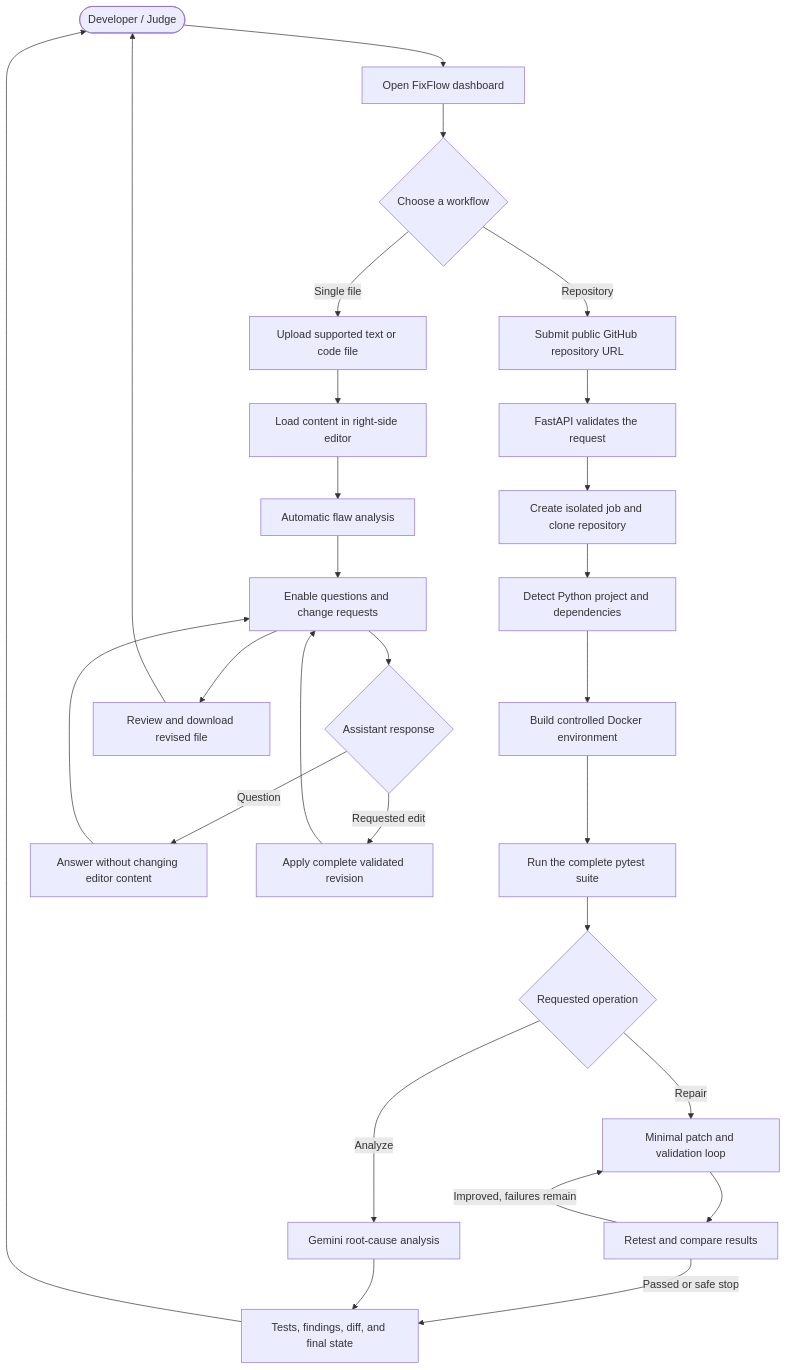
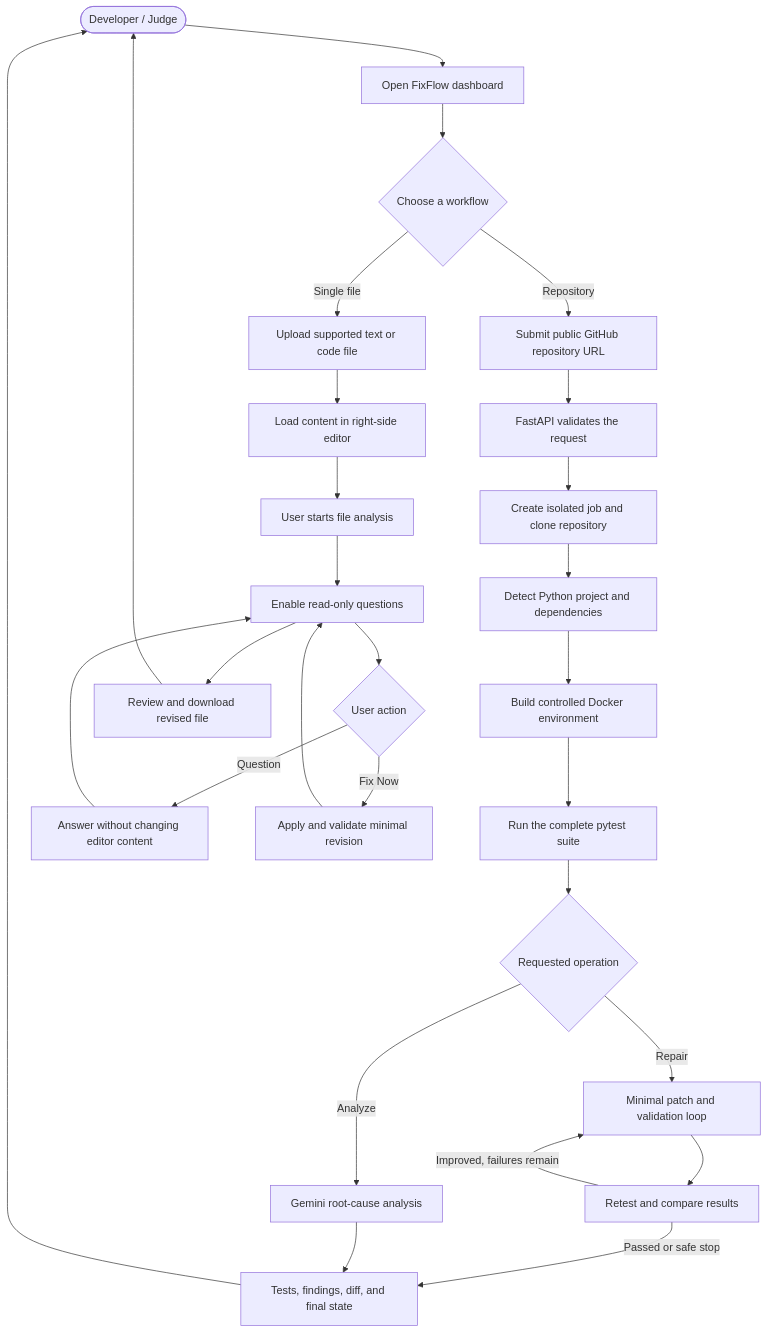
Before and after one commit to Naresh-0607/fixflow: the first of 2 diagrams in README.md, drawn with Mermaid. The commit also changed other lines of this file and 27 other files, not shown here.

````diff
--- a/README.md
+++ b/README.md
@@ -34,32 +34,32 @@
 ```mermaid
 flowchart TD
     U([Developer / Judge]) --> UI[Open FixFlow dashboard]
     UI --> CHOICE{Choose a workflow}
 
     CHOICE -->|Repository| REPO[Submit public GitHub repository URL]
     REPO --> API[FastAPI validates the request]
     API --> JOB[Create isolated job and clone repository]
     JOB --> DETECT[Detect Python project and dependencies]
     DETECT --> DOCKER[Build controlled Docker environment]
     DOCKER --> TEST[Run the complete pytest suite]
     TEST --> MODE{Requested operation}
     MODE -->|Analyze| ANALYZE[Gemini root-cause analysis]
     MODE -->|Repair| REPAIR[Minimal patch and validation loop]
     REPAIR --> RETEST[Retest and compare results]
     RETEST -->|Improved, failures remain| REPAIR
     RETEST -->|Passed or safe stop| RESULT[Tests, findings, diff, and final state]
     ANALYZE --> RESULT
     RESULT --> U
 
     CHOICE -->|Single file| UPLOAD[Upload supported text or code file]
     UPLOAD --> EDITOR[Load content in right-side editor]
-    EDITOR --> REVIEW[Automatic flaw analysis]
-    REVIEW --> CHAT[Enable questions and change requests]
-    CHAT --> ACTION{Assistant response}
+    EDITOR --> REVIEW[User starts file analysis]
+    REVIEW --> CHAT[Enable read-only questions]
+    CHAT --> ACTION{User action}
     ACTION -->|Question| ANSWER[Answer without changing editor content]
-    ACTION -->|Requested edit| EDIT[Apply complete validated revision]
+    ACTION -->|Fix Now| EDIT[Apply and validate minimal revision]
     ANSWER --> CHAT
     EDIT --> CHAT
     CHAT --> DOWNLOAD[Review and download revised file]
     DOWNLOAD --> U
 ```
````
